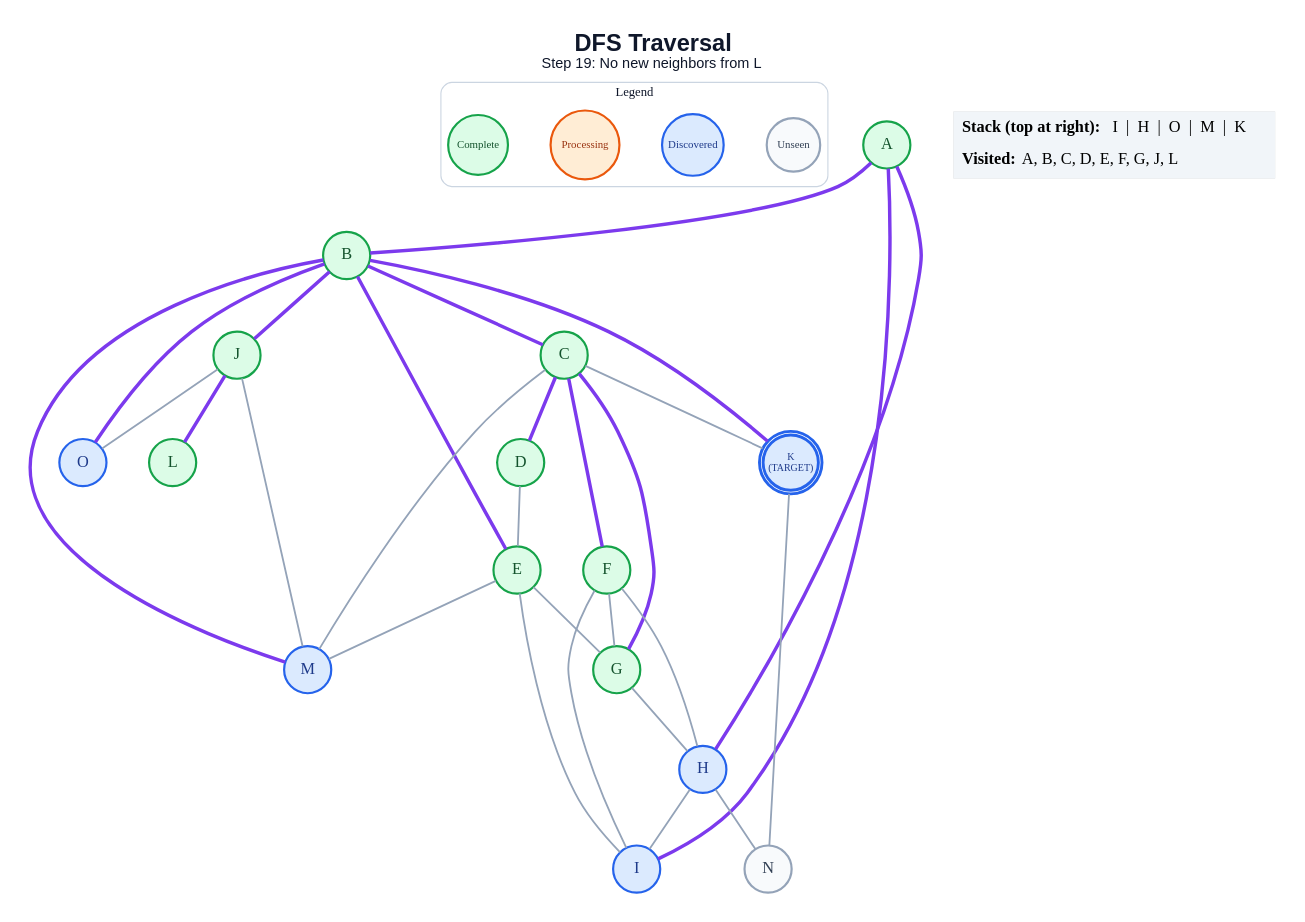
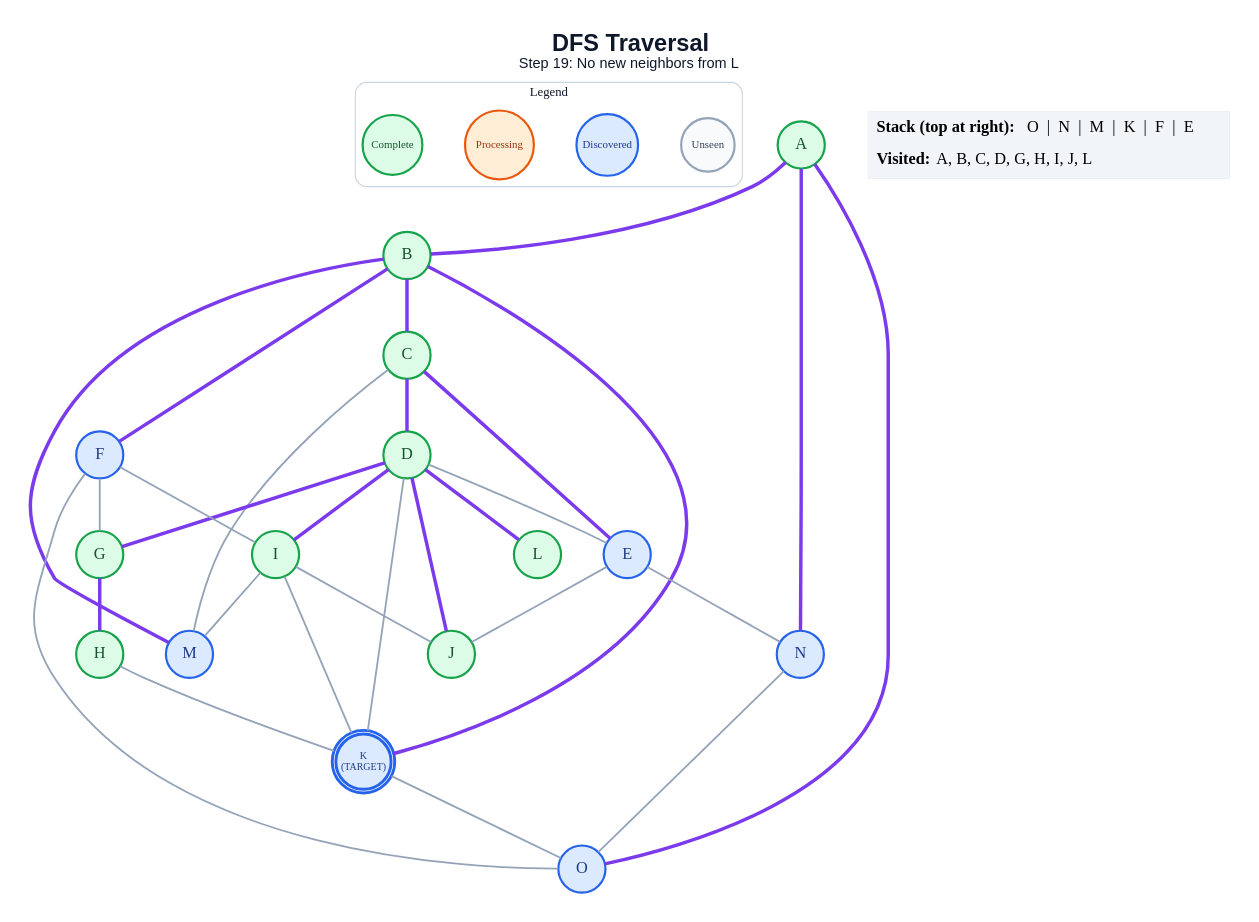
The diagram in generated/dfs/step_19.dot (anon7238593-create/ai-slop), drawn with Graphviz before and after one commit. The commit also changed 213 other files, not shown here.

```diff
--- a/generated/dfs/step_19.dot
+++ b/generated/dfs/step_19.dot
@@ -1,62 +1,62 @@
 graph traversal {
   graph [layout=dot, rankdir=TB, bgcolor="#FFFFFF", pad="0.35", nodesep="0.65", ranksep="0.8", fontname="Arial"];
   node [shape=circle, style="filled", fontname="Arial Bold", fontsize=18, width=0.72, fixedsize=true, penwidth=2.4];
   edge [color="#94A3B8", penwidth=2.0];
   label=<<B>DFS Traversal</B><BR/><FONT POINT-SIZE="16">Step 19: No new neighbors from L</FONT>>; labelloc="t"; fontsize=26; fontname="Arial"; fontcolor="#0F172A";
   subgraph cluster_legend { label="Legend"; color="#CBD5E1"; penwidth=1.2; style="rounded"; fontsize=14; fontname="Arial Bold";
     key_unseen [label="Unseen", fillcolor="#F8FAFC", color="#94A3B8", fontcolor="#334155", fontsize=12, width=0.82];
     key_frontier [label="Discovered", fillcolor="#DBEAFE", color="#2563EB", fontcolor="#1E3A8A", fontsize=12, width=0.95];
     key_current [label="Processing", fillcolor="#FFEDD5", color="#EA580C", fontcolor="#9A3412", fontsize=12, width=1.05];
     key_done [label="Complete", fillcolor="#DCFCE7", color="#16A34A", fontcolor="#14532D", fontsize=12, width=0.92];
     { rank=same; key_unseen; key_frontier; key_current; key_done; }
   }
   A [label="A", fillcolor="#DCFCE7", color="#16A34A", fontcolor="#14532D", peripheries=1, penwidth=2.4];
   B [label="B", fillcolor="#DCFCE7", color="#16A34A", fontcolor="#14532D", peripheries=1, penwidth=2.4];
   C [label="C", fillcolor="#DCFCE7", color="#16A34A", fontcolor="#14532D", peripheries=1, penwidth=2.4];
   D [label="D", fillcolor="#DCFCE7", color="#16A34A", fontcolor="#14532D", peripheries=1, penwidth=2.4];
-  E [label="E", fillcolor="#DCFCE7", color="#16A34A", fontcolor="#14532D", peripheries=1, penwidth=2.4];
-  F [label="F", fillcolor="#DCFCE7", color="#16A34A", fontcolor="#14532D", peripheries=1, penwidth=2.4];
+  E [label="E", fillcolor="#DBEAFE", color="#2563EB", fontcolor="#1E3A8A", peripheries=1, penwidth=2.4];
+  F [label="F", fillcolor="#DBEAFE", color="#2563EB", fontcolor="#1E3A8A", peripheries=1, penwidth=2.4];
   G [label="G", fillcolor="#DCFCE7", color="#16A34A", fontcolor="#14532D", peripheries=1, penwidth=2.4];
-  H [label="H", fillcolor="#DBEAFE", color="#2563EB", fontcolor="#1E3A8A", peripheries=1, penwidth=2.4];
-  I [label="I", fillcolor="#DBEAFE", color="#2563EB", fontcolor="#1E3A8A", peripheries=1, penwidth=2.4];
+  H [label="H", fillcolor="#DCFCE7", color="#16A34A", fontcolor="#14532D", peripheries=1, penwidth=2.4];
+  I [label="I", fillcolor="#DCFCE7", color="#16A34A", fontcolor="#14532D", peripheries=1, penwidth=2.4];
   J [label="J", fillcolor="#DCFCE7", color="#16A34A", fontcolor="#14532D", peripheries=1, penwidth=2.4];
   K [label="K\n(TARGET)", fillcolor="#DBEAFE", color="#2563EB", fontcolor="#1E3A8A", peripheries=2, penwidth=3.2, fontsize=11, width=0.85, height=0.85];
   L [label="L", fillcolor="#DCFCE7", color="#16A34A", fontcolor="#14532D", peripheries=1, penwidth=2.4];
   M [label="M", fillcolor="#DBEAFE", color="#2563EB", fontcolor="#1E3A8A", peripheries=1, penwidth=2.4];
-  N [label="N", fillcolor="#F8FAFC", color="#94A3B8", fontcolor="#334155", peripheries=1, penwidth=2.4];
+  N [label="N", fillcolor="#DBEAFE", color="#2563EB", fontcolor="#1E3A8A", peripheries=1, penwidth=2.4];
   O [label="O", fillcolor="#DBEAFE", color="#2563EB", fontcolor="#1E3A8A", peripheries=1, penwidth=2.4];
   A -- B [color="#7C3AED", penwidth=3.8];
-  A -- H [color="#7C3AED", penwidth=3.8];
-  A -- I [color="#7C3AED", penwidth=3.8];
+  A -- N [color="#7C3AED", penwidth=3.8];
+  A -- O [color="#7C3AED", penwidth=3.8];
   B -- C [color="#7C3AED", penwidth=3.8];
-  B -- E [color="#7C3AED", penwidth=3.8];
-  B -- J [color="#7C3AED", penwidth=3.8];
+  B -- F [color="#7C3AED", penwidth=3.8];
   B -- K [color="#7C3AED", penwidth=3.8];
   B -- M [color="#7C3AED", penwidth=3.8];
-  B -- O [color="#7C3AED", penwidth=3.8];
   C -- D [color="#7C3AED", penwidth=3.8];
-  C -- F [color="#7C3AED", penwidth=3.8];
-  C -- G [color="#7C3AED", penwidth=3.8];
-  C -- K;
+  C -- E [color="#7C3AED", penwidth=3.8];
   C -- M;
   D -- E;
-  E -- G;
-  E -- I;
-  E -- M;
+  D -- G [color="#7C3AED", penwidth=3.8];
+  D -- I [color="#7C3AED", penwidth=3.8];
+  D -- J [color="#7C3AED", penwidth=3.8];
+  D -- K;
+  D -- L [color="#7C3AED", penwidth=3.8];
+  E -- J;
+  E -- N;
   F -- G;
-  F -- H;
   F -- I;
-  G -- H;
-  H -- I;
-  H -- N;
-  J -- L [color="#7C3AED", penwidth=3.8];
-  J -- M;
-  J -- O;
-  K -- N;
+  F -- O;
+  G -- H [color="#7C3AED", penwidth=3.8];
+  H -- K;
+  I -- J;
+  I -- K;
+  I -- M;
+  K -- O;
+  N -- O;
   status [shape=plain, fixedsize=false, width=0, height=0, margin=0, label=<
     <TABLE BORDER="0" CELLBORDER="0" CELLPADDING="7" BGCOLOR="#F1F5F9">
-      <TR><TD ALIGN="LEFT"><B>Stack (top at right):</B> I  |  H  |  O  |  M  |  K</TD></TR>
-      <TR><TD ALIGN="LEFT"><B>Visited:</B> A, B, C, D, E, F, G, J, L</TD></TR>
+      <TR><TD ALIGN="LEFT"><B>Stack (top at right):</B> O  |  N  |  M  |  K  |  F  |  E</TD></TR>
+      <TR><TD ALIGN="LEFT"><B>Visited:</B> A, B, C, D, G, H, I, J, L</TD></TR>
     </TABLE>
   >];
 }
```
